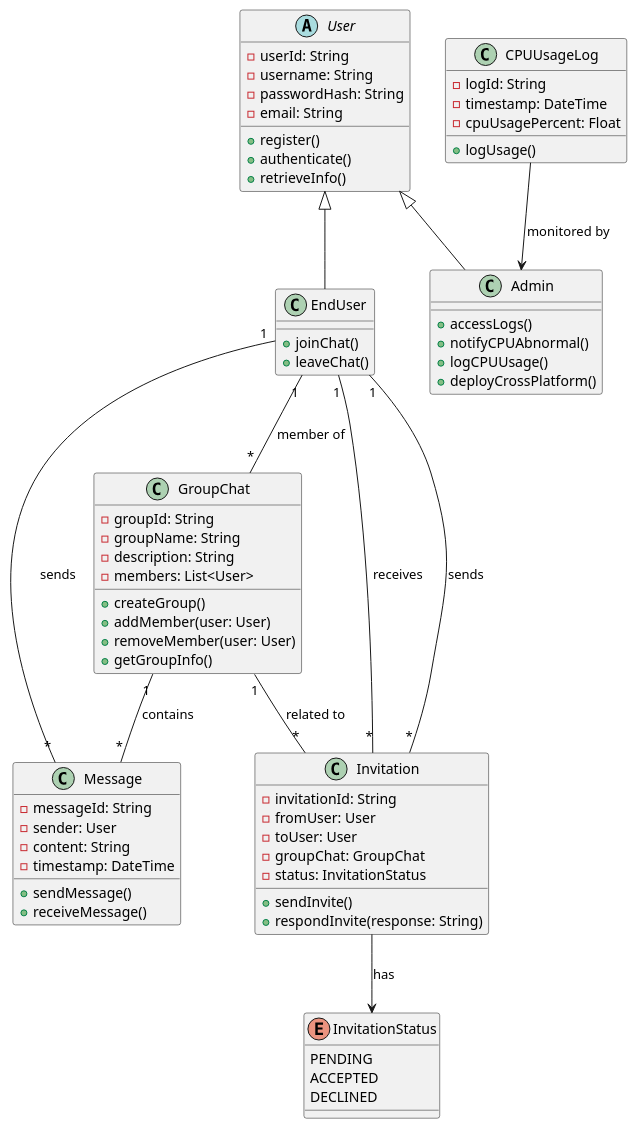
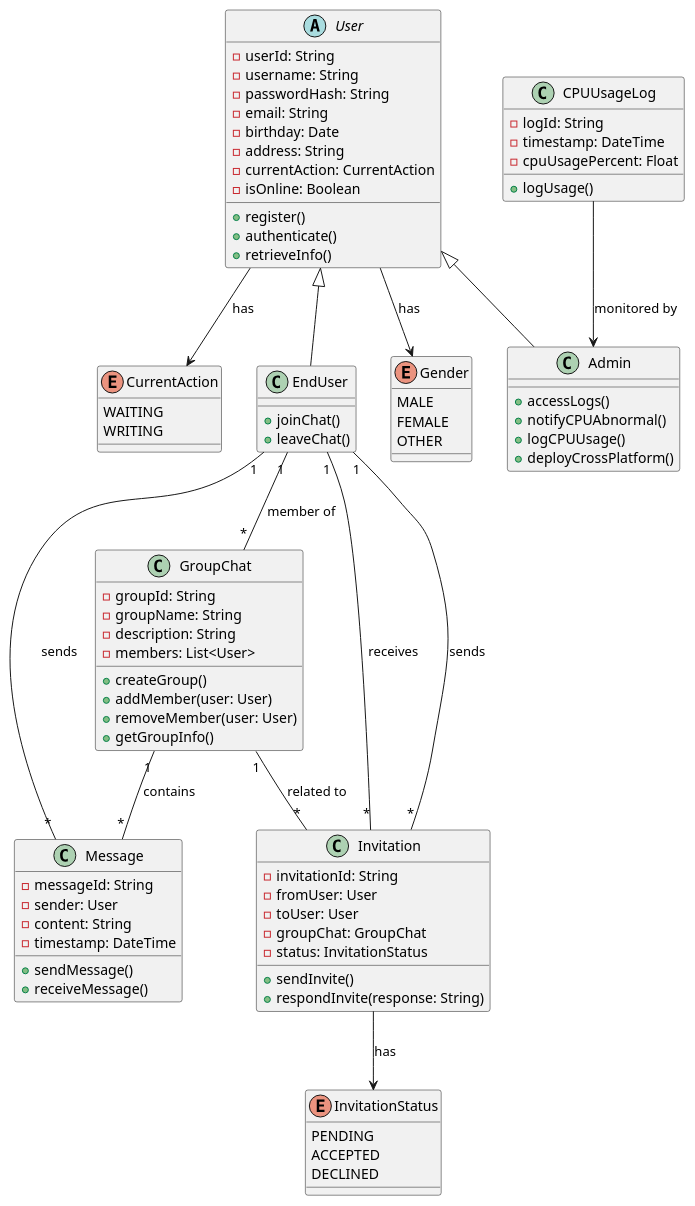
The third of 5 diagrams in doc/requirements.md (Enric0-Balb0/ruggine-chat), drawn with PlantUML before and after one commit. The commit also changed 19 other files, not shown here.

```diff
--- a/doc/requirements.md
+++ b/doc/requirements.md
@@ -565,11 +565,26 @@
   DECLINED
 }
 
+enum Gender {
+  MALE
+  FEMALE
+  OTHER
+}
+
+enum CurrentAction {
+  WAITING
+  WRITING
+}
+
 abstract class User {
   - userId: String
   - username: String
   - passwordHash: String
   - email: String
+  - birthday: Date
+  - address: String
+  - currentAction: CurrentAction
+  - isOnline: Boolean
   + register()
   + authenticate()
   + retrieveInfo()
@@ -635,6 +650,8 @@
 GroupChat "1" -- "*" Invitation : "related to"
 Invitation --> InvitationStatus : "has"
 CPUUsageLog --> Admin : "monitored by"
+User --> Gender : "has"
+User --> CurrentAction : "has"
 
 @enduml
 
```
